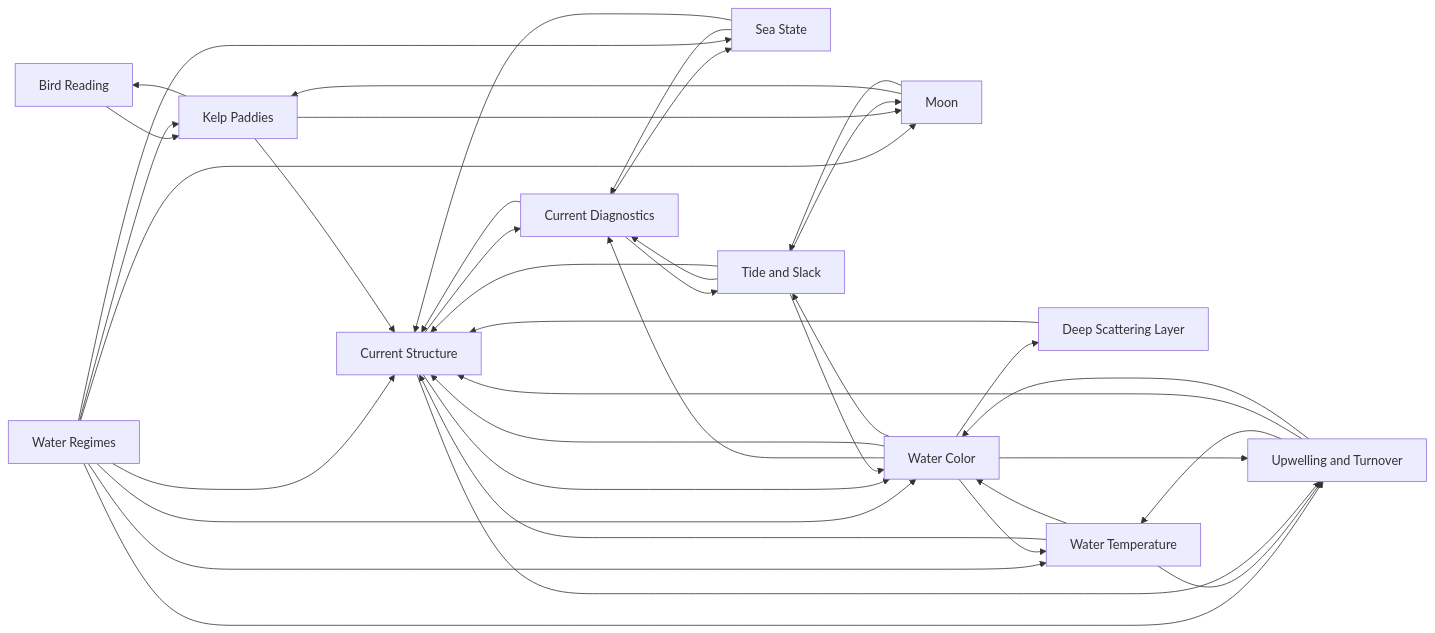
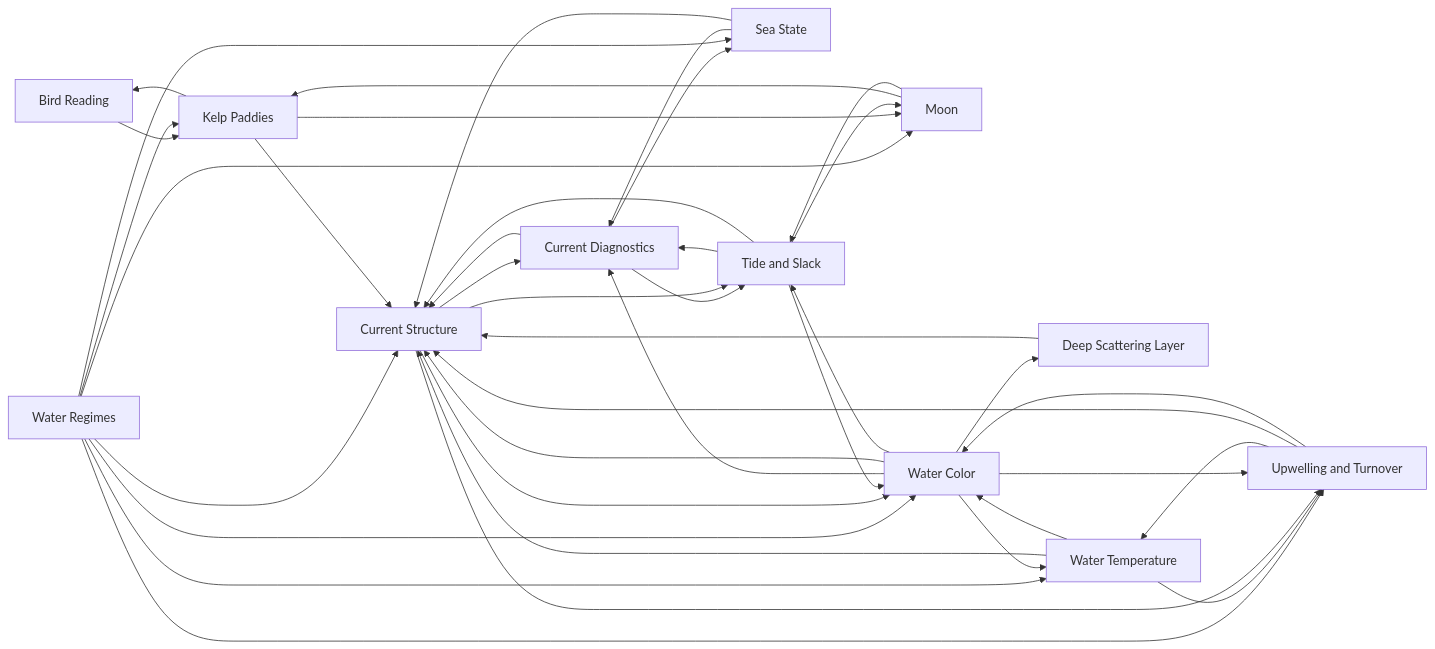
One commit to camchuckpete-max/Socal-Fishing-Knowledge changed the diagram in conditions/README.md. Above: the diagram before and after it, drawn with Mermaid. The commit also changed 7 other files, not shown here.

````diff
--- a/conditions/README.md
+++ b/conditions/README.md
@@ -25,53 +25,54 @@
 ```mermaid
 graph LR
   n0["Bird Reading"]
   n1["Current Diagnostics"]
   n2["Current Structure"]
   n3["Deep Scattering Layer"]
   n4["Kelp Paddies"]
   n5["Moon"]
   n6["Sea State"]
   n7["Tide and Slack"]
   n8["Upwelling and Turnover"]
   n9["Water Color"]
   n10["Water Regimes"]
   n11["Water Temperature"]
   n0 --> n4
   n1 --> n2
   n1 --> n6
   n1 --> n7
   n10 --> n11
   n10 --> n2
   n10 --> n4
   n10 --> n5
   n10 --> n6
   n10 --> n8
   n10 --> n9
   n11 --> n2
   n11 --> n8
   n11 --> n9
   n2 --> n1
+  n2 --> n7
   n2 --> n8
   n2 --> n9
   n3 --> n2
   n4 --> n0
   n4 --> n2
   n4 --> n5
   n5 --> n4
   n5 --> n7
   n6 --> n1
   n6 --> n2
   n7 --> n1
   n7 --> n2
   n7 --> n5
   n7 --> n9
   n8 --> n11
   n8 --> n2
   n8 --> n9
   n9 --> n1
   n9 --> n11
   n9 --> n2
   n9 --> n3
   n9 --> n7
   n9 --> n8
 ```
````
